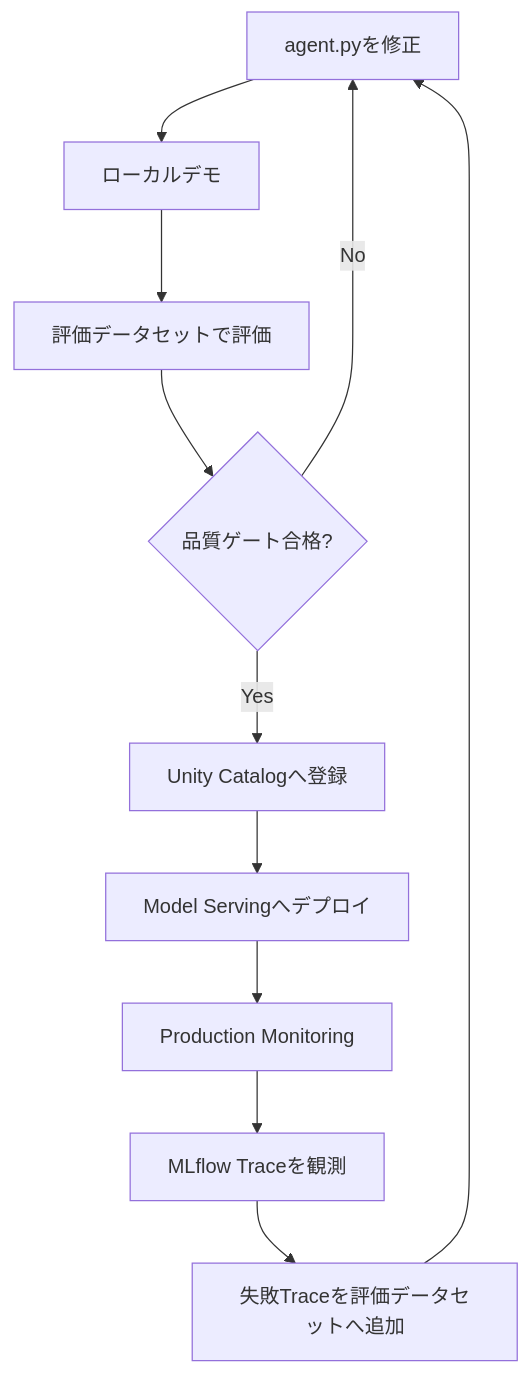
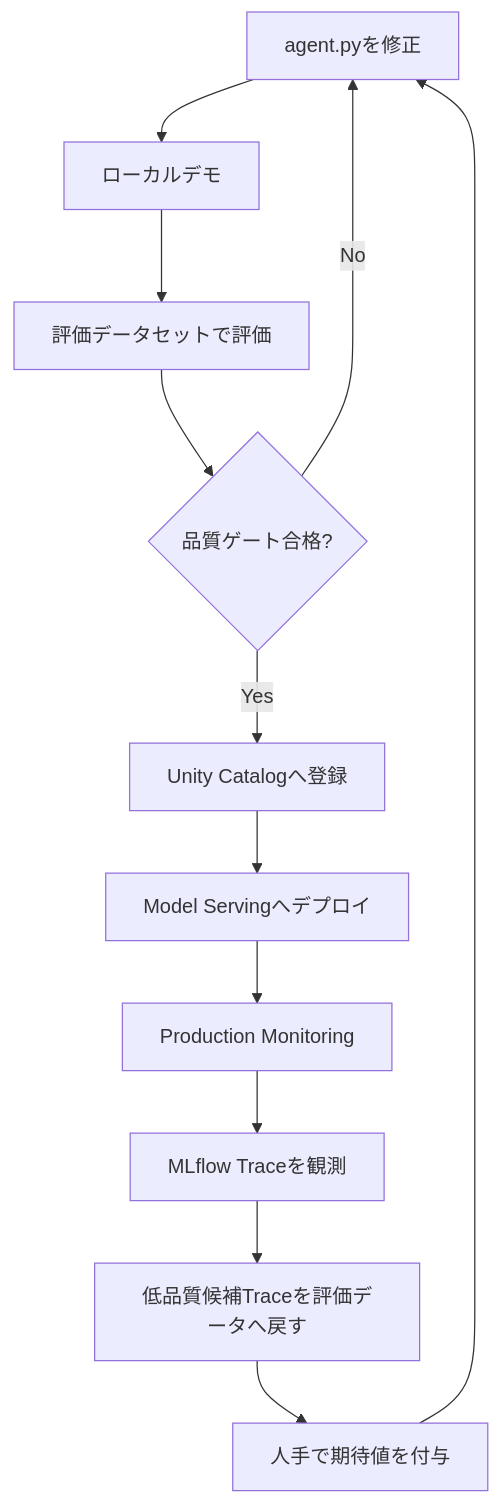
Before and after one commit to aymkbyshi/databricks-agentops-customer-support: the first of 4 diagrams in articles/databricks-agentops-zenn.md, drawn with Mermaid. The commit also changed other lines of this file, not shown here.

````diff
--- a/articles/databricks-agentops-zenn.md
+++ b/articles/databricks-agentops-zenn.md
@@ -29,13 +29,14 @@
 ```mermaid
 flowchart TD
     A[agent.pyを修正] --> B[ローカルデモ]
     B --> C[評価データセットで評価]
     C --> D{品質ゲート合格?}
     D -->|No| A
     D -->|Yes| E[Unity Catalogへ登録]
     E --> F[Model Servingへデプロイ]
     F --> G[Production Monitoring]
     G --> H[MLflow Traceを観測]
-    H --> I[失敗Traceを評価データセットへ追加]
-    I --> A
+    H --> I[低品質候補Traceを評価データへ戻す]
+    I --> J[人手で期待値を付与]
+    J --> A
 ```
````
